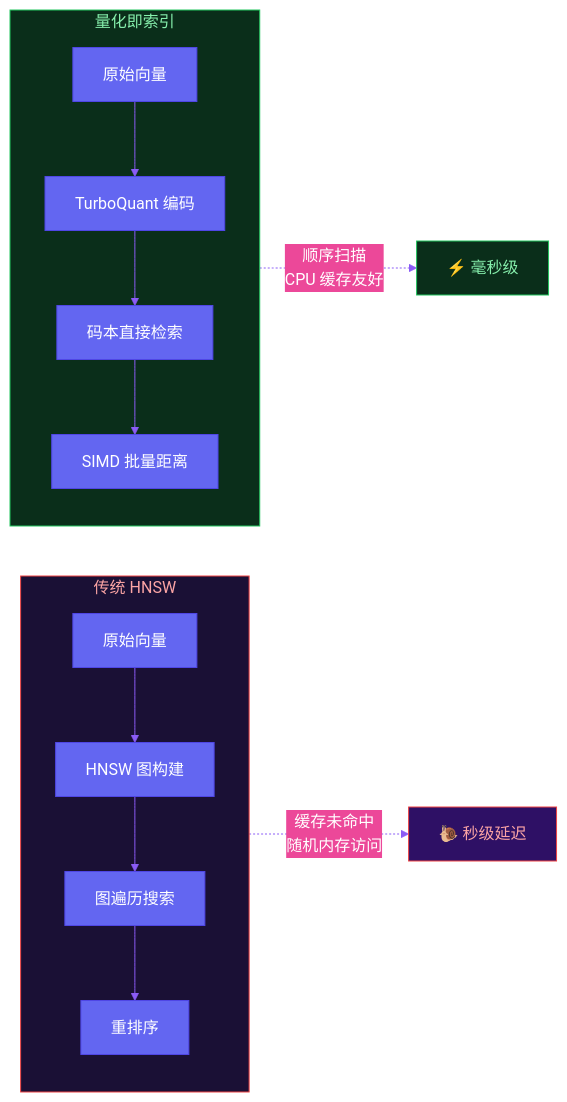
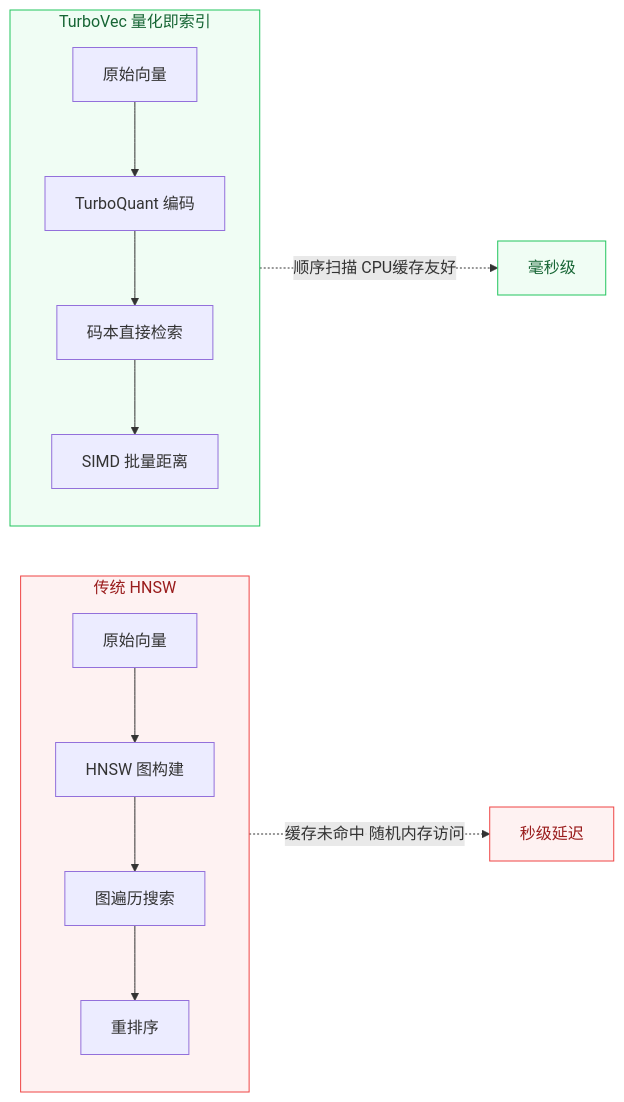
One commit to VokoForge/ai-prism changed the diagram in posts/external-lens/zh/day-16.md. Above: the diagram before and after it, drawn with Mermaid. The commit also changed other lines of this file and 31 other files, not shown here.

First line of the commit message:
✨ Rewrite all articles: hook titles, Mermaid diagrams, engaging style

````diff
--- a/posts/external-lens/zh/day-16.md
+++ b/posts/external-lens/zh/day-16.md
@@ -46,20 +24,20 @@
 ```mermaid
-%%{init: {'theme': 'base', 'themeVariables': {'primaryColor': '#6366f1','primaryTextColor': '#fff','primaryBorderColor': '#4f46e5','lineColor': '#8b5cf6','secondaryColor': '#ec4899','tertiaryColor': '#f59e0b'}}}%%
-graph LR
-    subgraph 传统["传统 HNSW"]
-        A1["原始向量"] --> A2["HNSW 图构建"]
-        A2 --> A3["图遍历搜索"]
-        A3 --> A4["重排序"]
+flowchart LR
+    subgraph 传统[传统 HNSW]
+        A1[原始向量] --> A2[HNSW 图构建]
+        A2 --> A3[图遍历搜索]
+        A3 --> A4[重排序]
     end
-    subgraph TurboVec["量化即索引"]
-        B1["原始向量"] --> B2["TurboQuant 编码"]
-        B2 --> B3["码本直接检索"]
-        B3 --> B4["SIMD 批量距离"]
+    subgraph TV[TurboVec 量化即索引]
+        B1[原始向量] --> B2[TurboQuant 编码]
+        B2 --> B3[码本直接检索]
+        B3 --> B4[SIMD 批量距离]
     end
-    传统 -.->|"缓存未命中<br/>随机内存访问"| X["🐌 秒级延迟"]
-    TurboVec -.->|"顺序扫描<br/>CPU 缓存友好"| Y["⚡ 毫秒级"]
-    style 传统 fill:#1a1035,stroke:#ef4444,color:#fca5a5
-    style TurboVec fill:#0a2e1a,stroke:#22c55e,color:#86efac
-    style X fill:#2e1065,stroke:#ef4444,color:#fca5a5
-    style Y fill:#0a2e1a,stroke:#22c55e,color:#86efac
+    传统 -.->|缓存未命中 随机内存访问| X[秒级延迟]
+    TV -.->|顺序扫描 CPU缓存友好| Y[毫秒级]
+
+    style 传统 fill:#fef2f2,stroke:#ef4444,color:#991b1b
+    style TV fill:#f0fdf4,stroke:#22c55e,color:#166534
+    style X fill:#fef2f2,stroke:#ef4444,color:#991b1b
+    style Y fill:#f0fdf4,stroke:#22c55e,color:#166534
 ```
````
